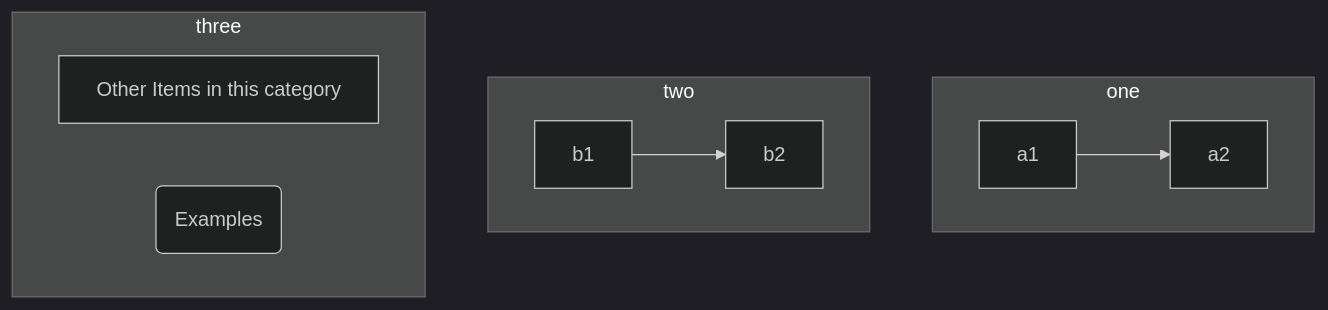
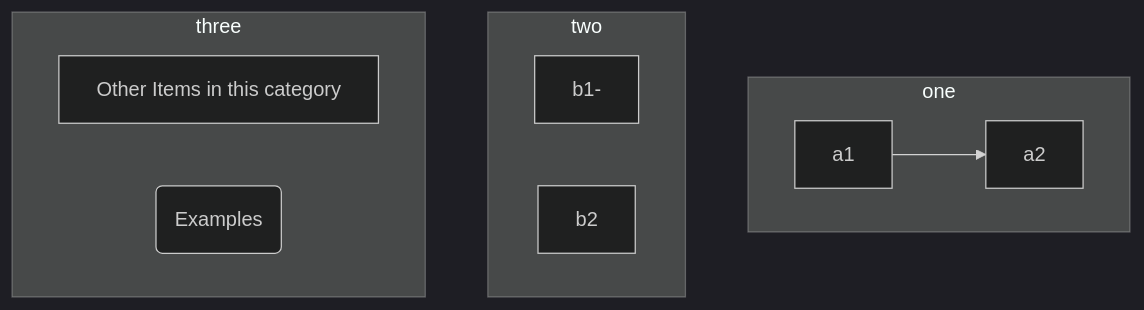
One commit to gerbssusd/dok changed the diagram in slides.md. Above: the diagram before and after it, drawn with Mermaid (dark theme).

````diff
--- a/slides.md
+++ b/slides.md
@@ -217,22 +217,22 @@
 ```mermaid
 flowchart TB
     subgraph one 
      direction LR
     a1-->a2
     end
     subgraph two
-    b1-->
+    b1-
     b2
     end
     subgraph three 
       direction LR
     c1[Other Items in this category] 
     c2(Examples)
     end
 
 
 
 
 
 
 ```
````
